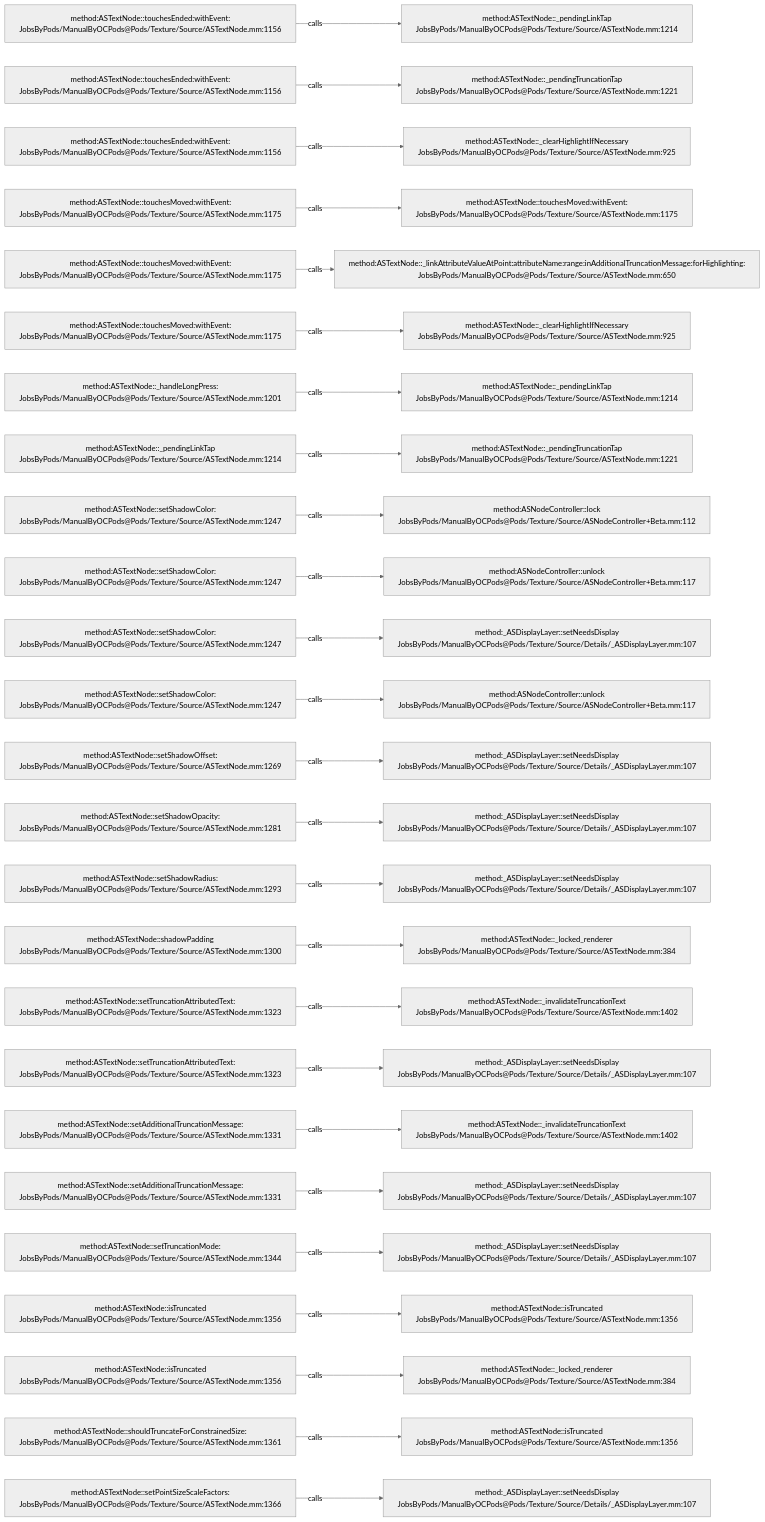
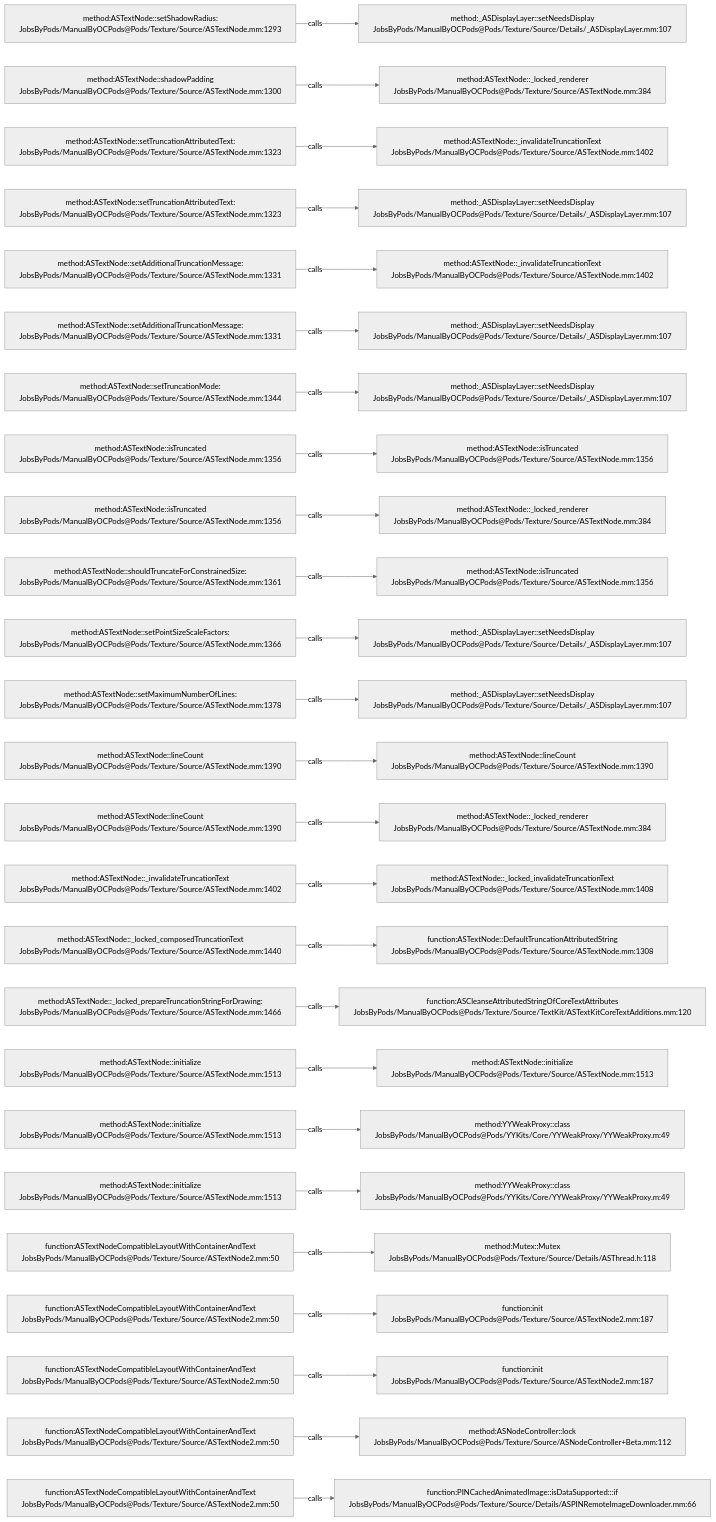
The diagram in .codegraph/codegraph.md/graphs/calls-139.md (JobsKits/JobsOCBaseConfigDemo), drawn with Mermaid (neutral theme) before and after one commit. The commit also changed 296 other files, not shown here.

````diff
--- a/.codegraph/codegraph.md/graphs/calls-139.md
+++ b/.codegraph/codegraph.md/graphs/calls-139.md
@@ -13,78 +13,78 @@
 ```mermaid
 flowchart LR
-  S1["method:ASTextNode::touchesEnded:withEvent:<br/>JobsByPods/ManualByOCPods@Pods/Texture/Source/ASTextNode.mm:1156"]
-  T1["method:ASTextNode::_pendingLinkTap<br/>JobsByPods/ManualByOCPods@Pods/Texture/Source/ASTextNode.mm:1214"]
+  S1["method:ASTextNode::setShadowRadius:<br/>JobsByPods/ManualByOCPods@Pods/Texture/Source/ASTextNode.mm:1293"]
+  T1["method:_ASDisplayLayer::setNeedsDisplay<br/>JobsByPods/ManualByOCPods@Pods/Texture/Source/Details/_ASDisplayLayer.mm:107"]
   S1 -->|calls| T1
-  S2["method:ASTextNode::touchesEnded:withEvent:<br/>JobsByPods/ManualByOCPods@Pods/Texture/Source/ASTextNode.mm:1156"]
-  T2["method:ASTextNode::_pendingTruncationTap<br/>JobsByPods/ManualByOCPods@Pods/Texture/Source/ASTextNode.mm:1221"]
+  S2["method:ASTextNode::shadowPadding<br/>JobsByPods/ManualByOCPods@Pods/Texture/Source/ASTextNode.mm:1300"]
+  T2["method:ASTextNode::_locked_renderer<br/>JobsByPods/ManualByOCPods@Pods/Texture/Source/ASTextNode.mm:384"]
   S2 -->|calls| T2
-  S3["method:ASTextNode::touchesEnded:withEvent:<br/>JobsByPods/ManualByOCPods@Pods/Texture/Source/ASTextNode.mm:1156"]
-  T3["method:ASTextNode::_clearHighlightIfNecessary<br/>JobsByPods/ManualByOCPods@Pods/Texture/Source/ASTextNode.mm:925"]
+  S3["method:ASTextNode::setTruncationAttributedText:<br/>JobsByPods/ManualByOCPods@Pods/Texture/Source/ASTextNode.mm:1323"]
+  T3["method:ASTextNode::_invalidateTruncationText<br/>JobsByPods/ManualByOCPods@Pods/Texture/Source/ASTextNode.mm:1402"]
   S3 -->|calls| T3
-  S4["method:ASTextNode::touchesMoved:withEvent:<br/>JobsByPods/ManualByOCPods@Pods/Texture/Source/ASTextNode.mm:1175"]
-  T4["method:ASTextNode::touchesMoved:withEvent:<br/>JobsByPods/ManualByOCPods@Pods/Texture/Source/ASTextNode.mm:1175"]
+  S4["method:ASTextNode::setTruncationAttributedText:<br/>JobsByPods/ManualByOCPods@Pods/Texture/Source/ASTextNode.mm:1323"]
+  T4["method:_ASDisplayLayer::setNeedsDisplay<br/>JobsByPods/ManualByOCPods@Pods/Texture/Source/Details/_ASDisplayLayer.mm:107"]
   S4 -->|calls| T4
-  S5["method:ASTextNode::touchesMoved:withEvent:<br/>JobsByPods/ManualByOCPods@Pods/Texture/Source/ASTextNode.mm:1175"]
-  T5["method:ASTextNode::_linkAttributeValueAtPoint:attributeName:range:inAdditionalTruncationMessage:forHighlighting:<br/>JobsByPods/ManualByOCPods@Pods/Texture/Source/ASTextNode.mm:650"]
+  S5["method:ASTextNode::setAdditionalTruncationMessage:<br/>JobsByPods/ManualByOCPods@Pods/Texture/Source/ASTextNode.mm:1331"]
+  T5["method:ASTextNode::_invalidateTruncationText<br/>JobsByPods/ManualByOCPods@Pods/Texture/Source/ASTextNode.mm:1402"]
   S5 -->|calls| T5
-  S6["method:ASTextNode::touchesMoved:withEvent:<br/>JobsByPods/ManualByOCPods@Pods/Texture/Source/ASTextNode.mm:1175"]
-  T6["method:ASTextNode::_clearHighlightIfNecessary<br/>JobsByPods/ManualByOCPods@Pods/Texture/Source/ASTextNode.mm:925"]
+  S6["method:ASTextNode::setAdditionalTruncationMessage:<br/>JobsByPods/ManualByOCPods@Pods/Texture/Source/ASTextNode.mm:1331"]
+  T6["method:_ASDisplayLayer::setNeedsDisplay<br/>JobsByPods/ManualByOCPods@Pods/Texture/Source/Details/_ASDisplayLayer.mm:107"]
   S6 -->|calls| T6
-  S7["method:ASTextNode::_handleLongPress:<br/>JobsByPods/ManualByOCPods@Pods/Texture/Source/ASTextNode.mm:1201"]
-  T7["method:ASTextNode::_pendingLinkTap<br/>JobsByPods/ManualByOCPods@Pods/Texture/Source/ASTextNode.mm:1214"]
+  S7["method:ASTextNode::setTruncationMode:<br/>JobsByPods/ManualByOCPods@Pods/Texture/Source/ASTextNode.mm:1344"]
+  T7["method:_ASDisplayLayer::setNeedsDisplay<br/>JobsByPods/ManualByOCPods@Pods/Texture/Source/Details/_ASDisplayLayer.mm:107"]
   S7 -->|calls| T7
-  S8["method:ASTextNode::_pendingLinkTap<br/>JobsByPods/ManualByOCPods@Pods/Texture/Source/ASTextNode.mm:1214"]
-  T8["method:ASTextNode::_pendingTruncationTap<br/>JobsByPods/ManualByOCPods@Pods/Texture/Source/ASTextNode.mm:1221"]
+  S8["method:ASTextNode::isTruncated<br/>JobsByPods/ManualByOCPods@Pods/Texture/Source/ASTextNode.mm:1356"]
+  T8["method:ASTextNode::isTruncated<br/>JobsByPods/ManualByOCPods@Pods/Texture/Source/ASTextNode.mm:1356"]
   S8 -->|calls| T8
-  S9["method:ASTextNode::setShadowColor:<br/>JobsByPods/ManualByOCPods@Pods/Texture/Source/ASTextNode.mm:1247"]
-  T9["method:ASNodeController::lock<br/>JobsByPods/ManualByOCPods@Pods/Texture/Source/ASNodeController+Beta.mm:112"]
+  S9["method:ASTextNode::isTruncated<br/>JobsByPods/ManualByOCPods@Pods/Texture/Source/ASTextNode.mm:1356"]
+  T9["method:ASTextNode::_locked_renderer<br/>JobsByPods/ManualByOCPods@Pods/Texture/Source/ASTextNode.mm:384"]
   S9 -->|calls| T9
-  S10["method:ASTextNode::setShadowColor:<br/>JobsByPods/ManualByOCPods@Pods/Texture/Source/ASTextNode.mm:1247"]
-  T10["method:ASNodeController::unlock<br/>JobsByPods/ManualByOCPods@Pods/Texture/Source/ASNodeController+Beta.mm:117"]
+  S10["method:ASTextNode::shouldTruncateForConstrainedSize:<br/>JobsByPods/ManualByOCPods@Pods/Texture/Source/ASTextNode.mm:1361"]
+  T10["method:ASTextNode::isTruncated<br/>JobsByPods/ManualByOCPods@Pods/Texture/Source/ASTextNode.mm:1356"]
   S10 -->|calls| T10
-  S11["method:ASTextNode::setShadowColor:<br/>JobsByPods/ManualByOCPods@Pods/Texture/Source/ASTextNode.mm:1247"]
+  S11["method:ASTextNode::setPointSizeScaleFactors:<br/>JobsByPods/ManualByOCPods@Pods/Texture/Source/ASTextNode.mm:1366"]
   T11["method:_ASDisplayLayer::setNeedsDisplay<br/>JobsByPods/ManualByOCPods@Pods/Texture/Source/Details/_ASDisplayLayer.mm:107"]
   S11 -->|calls| T11
-  S12["method:ASTextNode::setShadowColor:<br/>JobsByPods/ManualByOCPods@Pods/Texture/Source/ASTextNode.mm:1247"]
-  T12["method:ASNodeController::unlock<br/>JobsByPods/ManualByOCPods@Pods/Texture/Source/ASNodeController+Beta.mm:117"]
+  S12["method:ASTextNode::setMaximumNumberOfLines:<br/>JobsByPods/ManualByOCPods@Pods/Texture/Source/ASTextNode.mm:1378"]
+  T12["method:_ASDisplayLayer::setNeedsDisplay<br/>JobsByPods/ManualByOCPods@Pods/Texture/Source/Details/_ASDisplayLayer.mm:107"]
   S12 -->|calls| T12
-  S13["method:ASTextNode::setShadowOffset:<br/>JobsByPods/ManualByOCPods@Pods/Texture/Source/ASTextNode.mm:1269"]
-  T13["method:_ASDisplayLayer::setNeedsDisplay<br/>JobsByPods/ManualByOCPods@Pods/Texture/Source/Details/_ASDisplayLayer.mm:107"]
+  S13["method:ASTextNode::lineCount<br/>JobsByPods/ManualByOCPods@Pods/Texture/Source/ASTextNode.mm:1390"]
+  T13["method:ASTextNode::lineCount<br/>JobsByPods/ManualByOCPods@Pods/Texture/Source/ASTextNode.mm:1390"]
   S13 -->|calls| T13
-  S14["method:ASTextNode::setShadowOpacity:<br/>JobsByPods/ManualByOCPods@Pods/Texture/Source/ASTextNode.mm:1281"]
-  T14["method:_ASDisplayLayer::setNeedsDisplay<br/>JobsByPods/ManualByOCPods@Pods/Texture/Source/Details/_ASDisplayLayer.mm:107"]
+  S14["method:ASTextNode::lineCount<br/>JobsByPods/ManualByOCPods@Pods/Texture/Source/ASTextNode.mm:1390"]
+  T14["method:ASTextNode::_locked_renderer<br/>JobsByPods/ManualByOCPods@Pods/Texture/Source/ASTextNode.mm:384"]
   S14 -->|calls| T14
-  S15["method:ASTextNode::setShadowRadius:<br/>JobsByPods/ManualByOCPods@Pods/Texture/Source/ASTextNode.mm:1293"]
-  T15["method:_ASDisplayLayer::setNeedsDisplay<br/>JobsByPods/ManualByOCPods@Pods/Texture/Source/Details/_ASDisplayLayer.mm:107"]
+  S15["method:ASTextNode::_invalidateTruncationText<br/>JobsByPods/ManualByOCPods@Pods/Texture/Source/ASTextNode.mm:1402"]
+  T15["method:ASTextNode::_locked_invalidateTruncationText<br/>JobsByPods/ManualByOCPods@Pods/Texture/Source/ASTextNode.mm:1408"]
   S15 -->|calls| T15
-  S16["method:ASTextNode::shadowPadding<br/>JobsByPods/ManualByOCPods@Pods/Texture/Source/ASTextNode.mm:1300"]
-  T16["method:ASTextNode::_locked_renderer<br/>JobsByPods/ManualByOCPods@Pods/Texture/Source/ASTextNode.mm:384"]
+  S16["method:ASTextNode::_locked_composedTruncationText<br/>JobsByPods/ManualByOCPods@Pods/Texture/Source/ASTextNode.mm:1440"]
+  T16["function:ASTextNode::DefaultTruncationAttributedString<br/>JobsByPods/ManualByOCPods@Pods/Texture/Source/ASTextNode.mm:1308"]
   S16 -->|calls| T16
-  S17["method:ASTextNode::setTruncationAttributedText:<br/>JobsByPods/ManualByOCPods@Pods/Texture/Source/ASTextNode.mm:1323"]
-  T17["method:ASTextNode::_invalidateTruncationText<br/>JobsByPods/ManualByOCPods@Pods/Texture/Source/ASTextNode.mm:1402"]
+  S17["method:ASTextNode::_locked_prepareTruncationStringForDrawing:<br/>JobsByPods/ManualByOCPods@Pods/Texture/Source/ASTextNode.mm:1466"]
+  T17["function:ASCleanseAttributedStringOfCoreTextAttributes<br/>JobsByPods/ManualByOCPods@Pods/Texture/Source/TextKit/ASTextKitCoreTextAdditions.mm:120"]
   S17 -->|calls| T17
-  S18["method:ASTextNode::setTruncationAttributedText:<br/>JobsByPods/ManualByOCPods@Pods/Texture/Source/ASTextNode.mm:1323"]
-  T18["method:_ASDisplayLayer::setNeedsDisplay<br/>JobsByPods/ManualByOCPods@Pods/Texture/Source/Details/_ASDisplayLayer.mm:107"]
+  S18["method:ASTextNode::initialize<br/>JobsByPods/ManualByOCPods@Pods/Texture/Source/ASTextNode.mm:1513"]
+  T18["method:ASTextNode::initialize<br/>JobsByPods/ManualByOCPods@Pods/Texture/Source/ASTextNode.mm:1513"]
   S18 -->|calls| T18
-  S19["method:ASTextNode::setAdditionalTruncationMessage:<br/>JobsByPods/ManualByOCPods@Pods/Texture/Source/ASTextNode.mm:1331"]
-  T19["method:ASTextNode::_invalidateTruncationText<br/>JobsByPods/ManualByOCPods@Pods/Texture/Source/ASTextNode.mm:1402"]
+  S19["method:ASTextNode::initialize<br/>JobsByPods/ManualByOCPods@Pods/Texture/Source/ASTextNode.mm:1513"]
+  T19["method:YYWeakProxy::class<br/>JobsByPods/ManualByOCPods@Pods/YYKits/Core/YYWeakProxy/YYWeakProxy.m:49"]
   S19 -->|calls| T19
-  S20["method:ASTextNode::setAdditionalTruncationMessage:<br/>JobsByPods/ManualByOCPods@Pods/Texture/Source/ASTextNode.mm:1331"]
-  T20["method:_ASDisplayLayer::setNeedsDisplay<br/>JobsByPods/ManualByOCPods@Pods/Texture/Source/Details/_ASDisplayLayer.mm:107"]
+  S20["method:ASTextNode::initialize<br/>JobsByPods/ManualByOCPods@Pods/Texture/Source/ASTextNode.mm:1513"]
+  T20["method:YYWeakProxy::class<br/>JobsByPods/ManualByOCPods@Pods/YYKits/Core/YYWeakProxy/YYWeakProxy.m:49"]
   S20 -->|calls| T20
-  S21["method:ASTextNode::setTruncationMode:<br/>JobsByPods/ManualByOCPods@Pods/Texture/Source/ASTextNode.mm:1344"]
-  T21["method:_ASDisplayLayer::setNeedsDisplay<br/>JobsByPods/ManualByOCPods@Pods/Texture/Source/Details/_ASDisplayLayer.mm:107"]
+  S21["function:ASTextNodeCompatibleLayoutWithContainerAndText<br/>JobsByPods/ManualByOCPods@Pods/Texture/Source/ASTextNode2.mm:50"]
+  T21["method:Mutex::Mutex<br/>JobsByPods/ManualByOCPods@Pods/Texture/Source/Details/ASThread.h:118"]
   S21 -->|calls| T21
-  S22["method:ASTextNode::isTruncated<br/>JobsByPods/ManualByOCPods@Pods/Texture/Source/ASTextNode.mm:1356"]
-  T22["method:ASTextNode::isTruncated<br/>JobsByPods/ManualByOCPods@Pods/Texture/Source/ASTextNode.mm:1356"]
+  S22["function:ASTextNodeCompatibleLayoutWithContainerAndText<br/>JobsByPods/ManualByOCPods@Pods/Texture/Source/ASTextNode2.mm:50"]
+  T22["function:init<br/>JobsByPods/ManualByOCPods@Pods/Texture/Source/ASTextNode2.mm:187"]
   S22 -->|calls| T22
-  S23["method:ASTextNode::isTruncated<br/>JobsByPods/ManualByOCPods@Pods/Texture/Source/ASTextNode.mm:1356"]
-  T23["method:ASTextNode::_locked_renderer<br/>JobsByPods/ManualByOCPods@Pods/Texture/Source/ASTextNode.mm:384"]
+  S23["function:ASTextNodeCompatibleLayoutWithContainerAndText<br/>JobsByPods/ManualByOCPods@Pods/Texture/Source/ASTextNode2.mm:50"]
+  T23["function:init<br/>JobsByPods/ManualByOCPods@Pods/Texture/Source/ASTextNode2.mm:187"]
   S23 -->|calls| T23
-  S24["method:ASTextNode::shouldTruncateForConstrainedSize:<br/>JobsByPods/ManualByOCPods@Pods/Texture/Source/ASTextNode.mm:1361"]
-  T24["method:ASTextNode::isTruncated<br/>JobsByPods/ManualByOCPods@Pods/Texture/Source/ASTextNode.mm:1356"]
+  S24["function:ASTextNodeCompatibleLayoutWithContainerAndText<br/>JobsByPods/ManualByOCPods@Pods/Texture/Source/ASTextNode2.mm:50"]
+  T24["method:ASNodeController::lock<br/>JobsByPods/ManualByOCPods@Pods/Texture/Source/ASNodeController+Beta.mm:112"]
   S24 -->|calls| T24
-  S25["method:ASTextNode::setPointSizeScaleFactors:<br/>JobsByPods/ManualByOCPods@Pods/Texture/Source/ASTextNode.mm:1366"]
-  T25["method:_ASDisplayLayer::setNeedsDisplay<br/>JobsByPods/ManualByOCPods@Pods/Texture/Source/Details/_ASDisplayLayer.mm:107"]
+  S25["function:ASTextNodeCompatibleLayoutWithContainerAndText<br/>JobsByPods/ManualByOCPods@Pods/Texture/Source/ASTextNode2.mm:50"]
+  T25["function:PINCachedAnimatedImage::isDataSupported:::if<br/>JobsByPods/ManualByOCPods@Pods/Texture/Source/Details/ASPINRemoteImageDownloader.mm:66"]
   S25 -->|calls| T25
 ```
````
